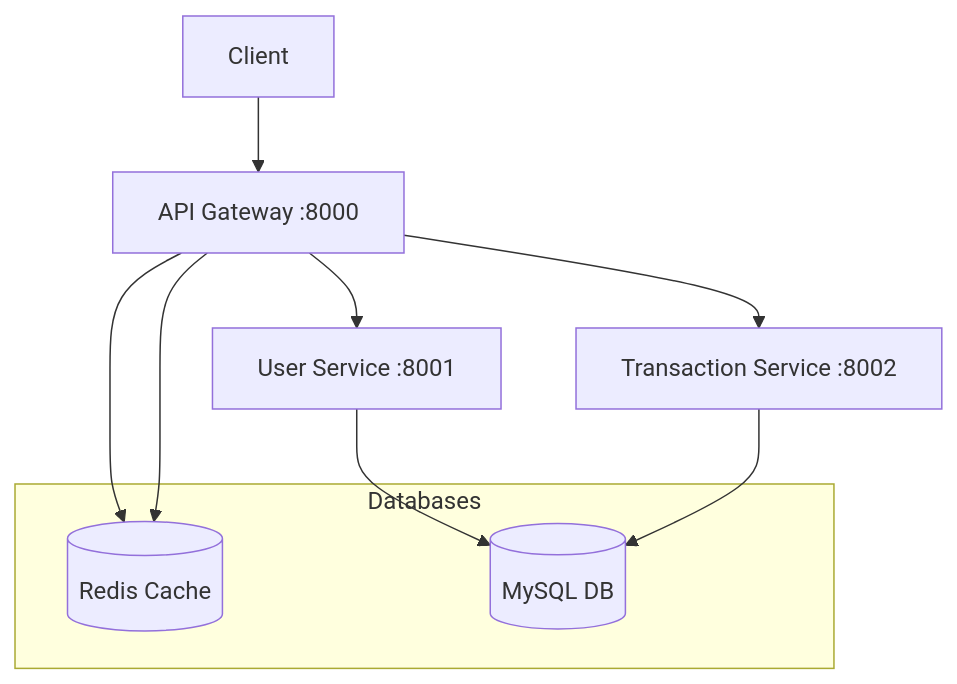
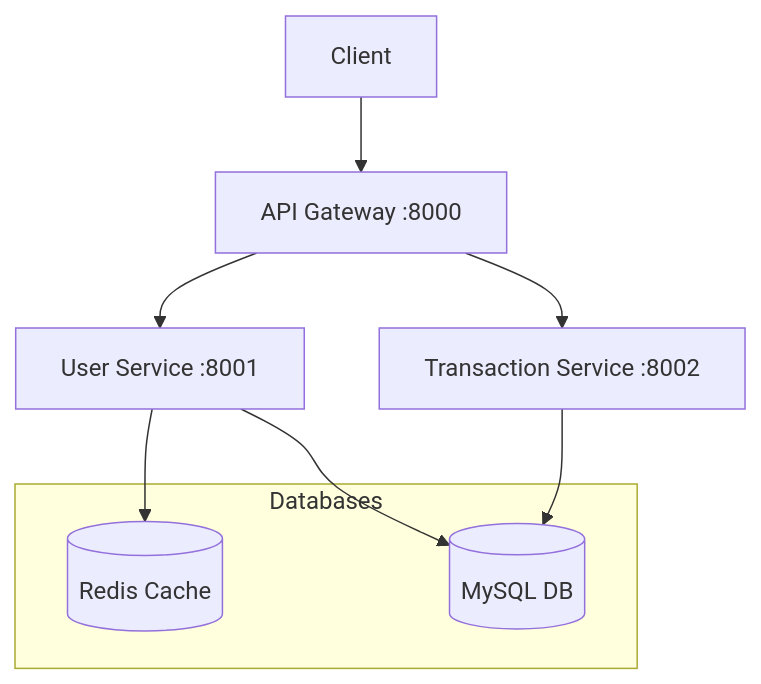
Before and after one commit to HyWChoi/cloud-native--: the diagram in README.md, drawn with Mermaid.

````diff
--- a/README.md
+++ b/README.md
@@ -8,16 +8,15 @@
 ```mermaid
 graph TB
     Client[Client] --> Gateway[API Gateway :8000]
     Gateway --> US[User Service :8001]
     Gateway --> TS[Transaction Service :8002]
     
     subgraph Databases
       Redis[(Redis Cache)]
       MySQL[(MySQL DB)]
     end
     
-    Gateway --> Redis
+    US --> Redis
     US --> MySQL
-    Gateway --> Redis
     TS --> MySQL
 ```
````
